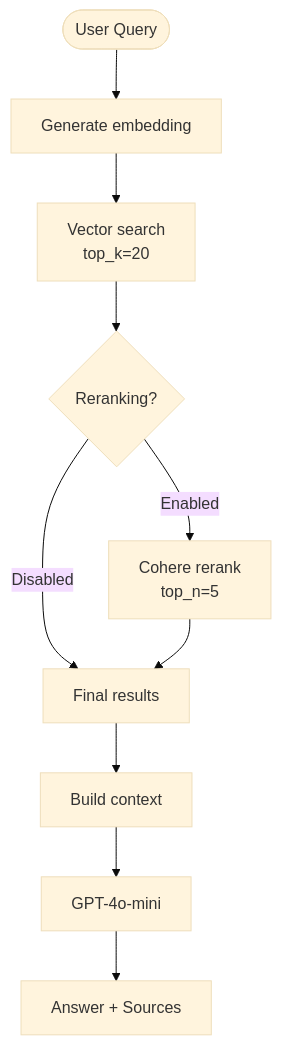
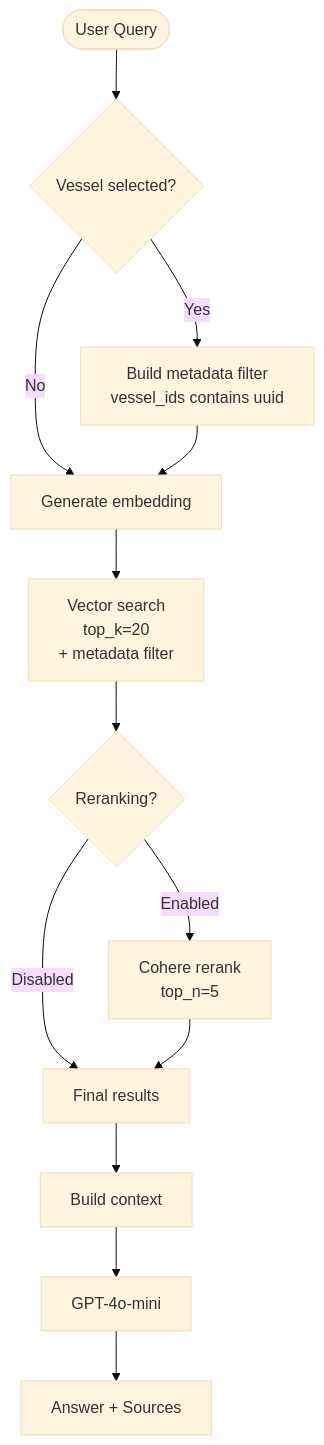
One commit to jwillmer/NCL changed the seventh of 8 diagrams in docs/processing-flow.md. Above: the diagram before and after it, drawn with Mermaid (base theme). The commit also changed other lines of this file and 18 other files, not shown here.

````diff
--- a/docs/processing-flow.md
+++ b/docs/processing-flow.md
@@ -237,14 +239,18 @@
 ```mermaid
 flowchart TD
-    Q([User Query]) --> EMBED[Generate embedding]
-    EMBED --> SEARCH[Vector search<br/>top_k=20]
+    Q([User Query]) --> VESSEL{Vessel selected?}
+    VESSEL --> |Yes| BUILD_FILTER[Build metadata filter<br/>vessel_ids contains uuid]
+    VESSEL --> |No| EMBED
+
+    BUILD_FILTER --> EMBED[Generate embedding]
+    EMBED --> SEARCH[Vector search<br/>top_k=20<br/>+ metadata filter]
 
     SEARCH --> RERANK{Reranking?}
     RERANK --> |Enabled| COHERE[Cohere rerank<br/>top_n=5]
     RERANK --> |Disabled| RESULTS
     COHERE --> RESULTS[Final results]
 
     RESULTS --> CONTEXT[Build context]
     CONTEXT --> LLM[GPT-4o-mini]
     LLM --> ANSWER[Answer + Sources]
 ```
````
